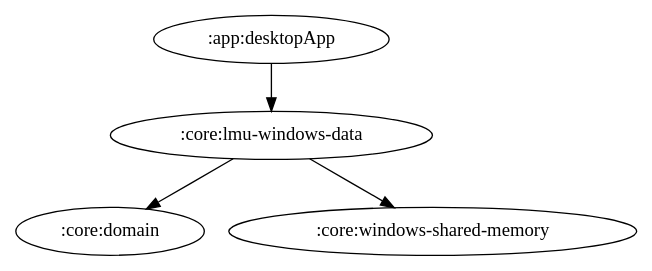
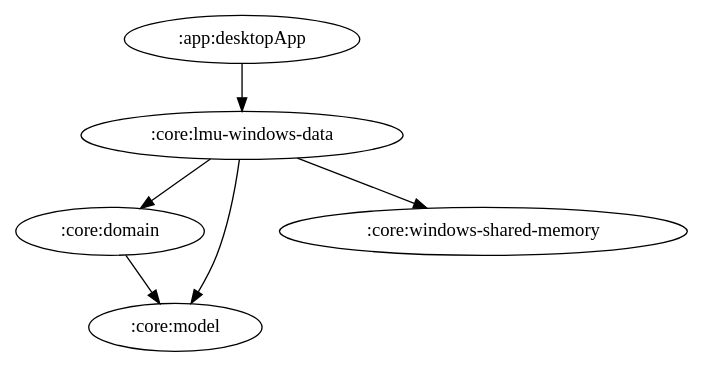
One commit to ai-kurou/KoDriver changed the diagram in docs/graphs/core-lmu-windows-data.gv. Above: the diagram before and after it, drawn with Graphviz. The commit also changed 63 other files, not shown here.

Commit message:
chore: update module graph images

```diff
--- a/docs/graphs/core-lmu-windows-data.gv
+++ b/docs/graphs/core-lmu-windows-data.gv
@@ -1,6 +1,8 @@
 digraph G {
   rankdir=TB
   ":app:desktopApp" -> ":core:lmu-windows-data"
+  ":core:domain" -> ":core:model"
   ":core:lmu-windows-data" -> ":core:domain"
+  ":core:lmu-windows-data" -> ":core:model"
   ":core:lmu-windows-data" -> ":core:windows-shared-memory"
 }
```
